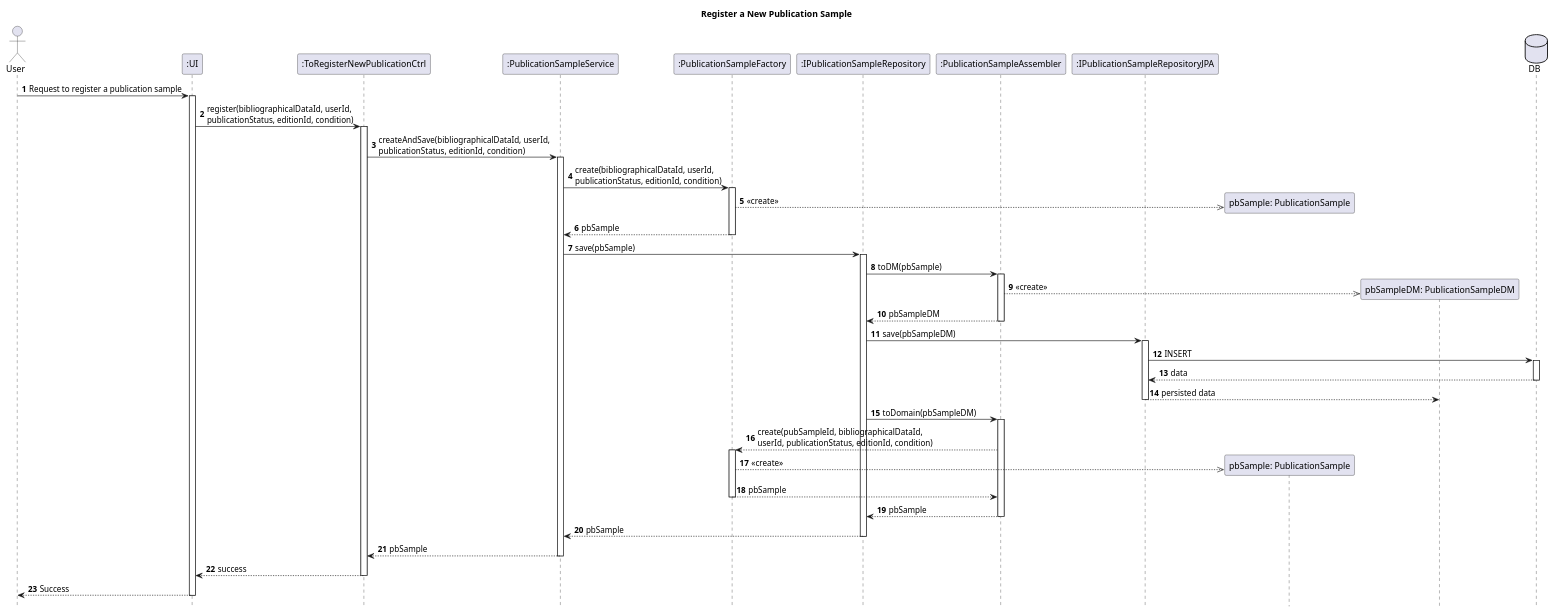
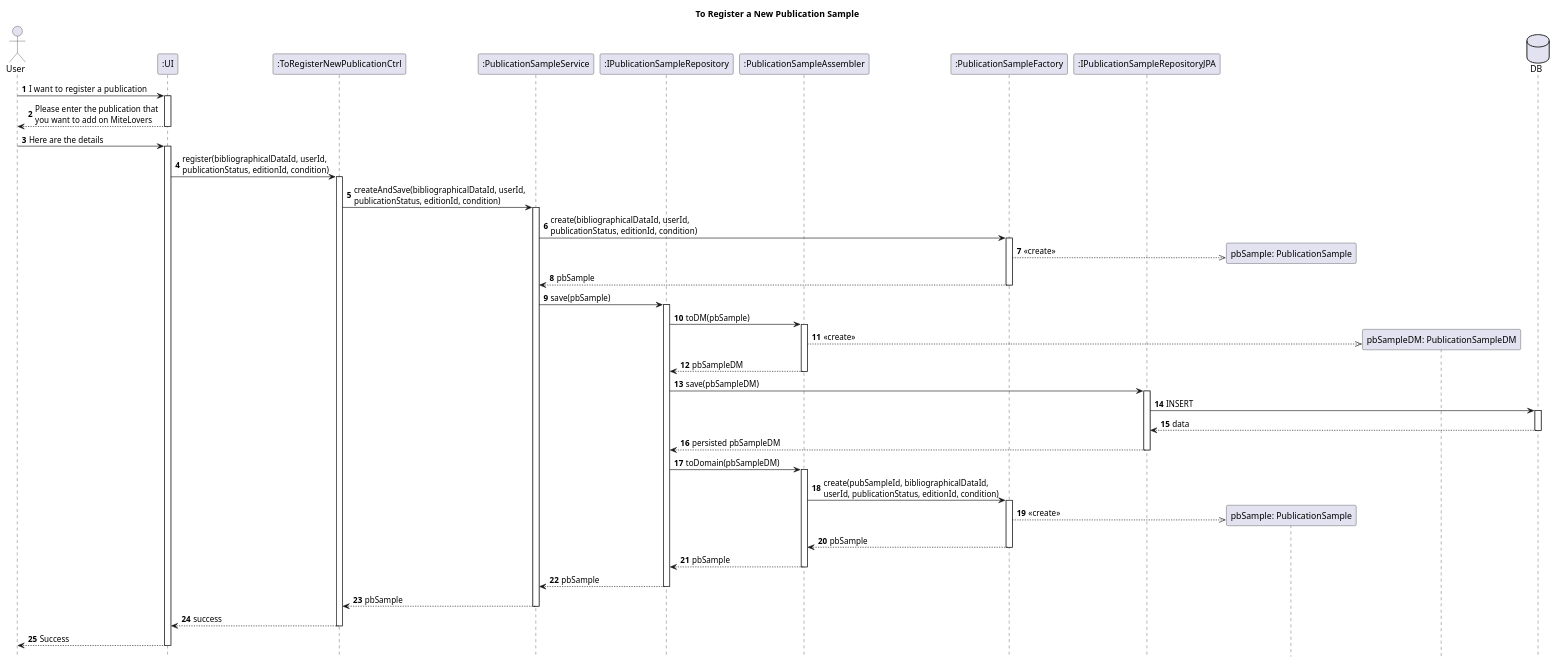
One commit to AndrePereiraGitH/SWitCH-Project-Team_A changed the diagram in Diagrams/SequenceDiagrams/N2/To-register-a-publication-to-add-to-library.puml. Above: the diagram before and after it, drawn with PlantUML. The commit also changed 3 other files, not shown here.

```diff
--- a/Diagrams/SequenceDiagrams/N2/To-register-a-publication-to-add-to-library.puml
+++ b/Diagrams/SequenceDiagrams/N2/To-register-a-publication-to-add-to-library.puml
@@ -1,88 +1,95 @@
 @startuml
 hide footbox
 autonumber
-title Register a New Publication Sample
+title To Register a New Publication Sample
 
 actor User
 participant ":UI" as UI
 participant ":ToRegisterNewPublicationCtrl" as Controller
 participant ":PublicationSampleService" as Service
-participant ":PublicationSampleFactory" as Factory
 participant ":IPublicationSampleRepository" as Repo
 participant ":PublicationSampleAssembler" as Assembler
+participant ":PublicationSampleFactory" as Factory
 participant ":IPublicationSampleRepositoryJPA" as JPA
 
 participant "pbSample: PublicationSample" as pbSample
 participant "pbSampleDM: PublicationSampleDM" as pbSampleDM
 
 database "DB" as DB
 
-User -> UI : Request to register a publication sample
+User -> UI : I want to register a  publication
+activate UI
+
+UI --> User : Please enter the publication that \nyou want to add on MiteLovers
+deactivate UI
+
+User -> UI : Here are the details
 activate UI
 
 UI -> Controller : register(bibliographicalDataId, userId,\npublicationStatus, editionId, condition)
 activate Controller
 
 Controller -> Service : createAndSave(bibliographicalDataId, userId,\npublicationStatus, editionId, condition)
 activate Service
 
 ' =========================
 ' Factory creation
 ' =========================
 Service -> Factory : create(bibliographicalDataId, userId,\npublicationStatus, editionId, condition)
 activate Factory
 Factory -->> pbSample** : <<create>>
 Factory --> Service : pbSample
 deactivate Factory
 
 ' =========================
 ' Save flow
 ' =========================
 Service -> Repo : save(pbSample)
 activate Repo
 
 Repo -> Assembler : toDM(pbSample)
 activate Assembler
 Assembler -->> pbSampleDM** : <<create>>
 Assembler --> Repo : pbSampleDM
 deactivate Assembler
 
 Repo -> JPA : save(pbSampleDM)
 activate JPA
 
 JPA -> DB : INSERT
 activate DB
 DB --> JPA : data
 deactivate DB
 
-JPA --> pbSampleDM : persisted data
+JPA --> Repo : persisted pbSampleDM
 deactivate JPA
 
 ' ==============
 ' Reconstruction
 ' ==============
 Repo -> Assembler : toDomain(pbSampleDM)
 activate Assembler
 
-Assembler --> Factory : create(pubSampleId, bibliographicalDataId,\nuserId, publicationStatus, editionId, condition)
+Assembler -> Factory : create(pubSampleId, bibliographicalDataId,\nuserId, publicationStatus, editionId, condition)
+
 activate Factory
 Factory -->> pbSample** : <<create>>
 Factory --> Assembler : pbSample
 deactivate Factory
 
 Assembler --> Repo : pbSample
 deactivate Assembler
 
 Repo --> Service : pbSample
 deactivate Repo
 
 Service --> Controller : pbSample
 deactivate Service
 
 Controller --> UI : success
 deactivate Controller
 
 UI --> User : Success
 deactivate UI
 
 @enduml
```
